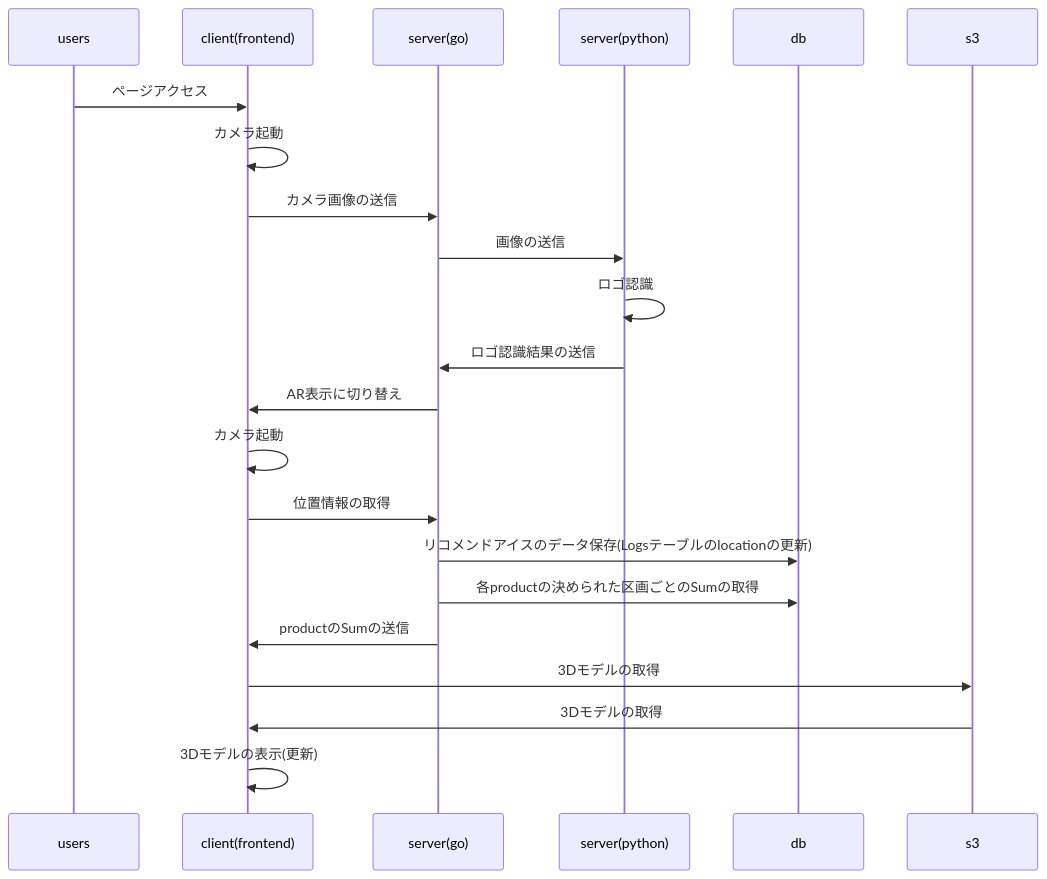
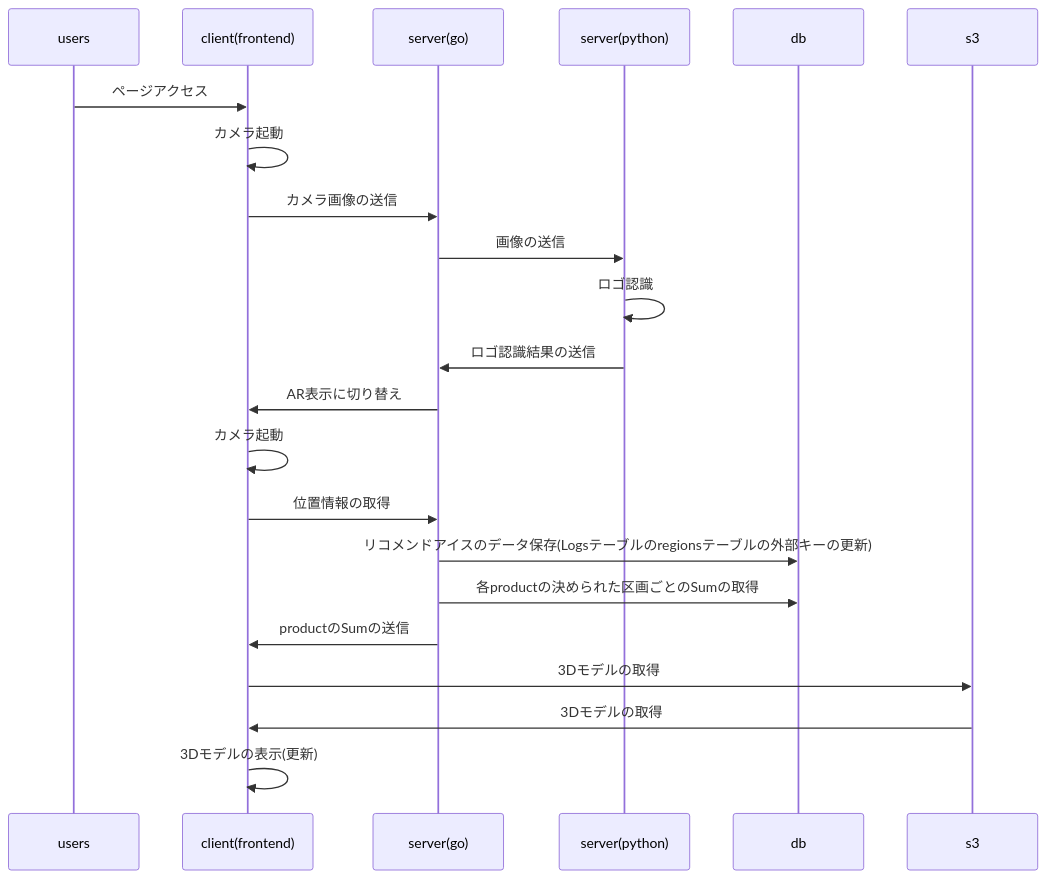
Before and after one commit to JavaLangRuntimeException/mltest: the second of 2 diagrams in docs/architecture/sequence_diagrams.md, drawn with Mermaid. The commit also changed other lines of this file and 3 other files, not shown here.

````diff
--- a/docs/architecture/sequence_diagrams.md
+++ b/docs/architecture/sequence_diagrams.md
@@ -30,26 +30,26 @@
 ```mermaid
 sequenceDiagram
   participant users
   participant client(frontend)
   participant server(go)
   participant server(python)
   participant db
   participant s3 
       
   users->>client(frontend): ページアクセス
   client(frontend)->>client(frontend): カメラ起動
   client(frontend)->>server(go): カメラ画像の送信
   server(go)->>server(python): 画像の送信
   server(python)->>server(python): ロゴ認識
   server(python)->>server(go): ロゴ認識結果の送信
   server(go)->>client(frontend): AR表示に切り替え
   
   client(frontend)->>client(frontend): カメラ起動
   client(frontend)->>server(go): 位置情報の取得
-  server(go)->>db: リコメンドアイスのデータ保存(Logsテーブルのlocationの更新)
+  server(go)->>db: リコメンドアイスのデータ保存(Logsテーブルのregionsテーブルの外部キーの更新)
   server(go)->>db: 各productの決められた区画ごとのSumの取得
   server(go)->>client(frontend): productのSumの送信
   client(frontend)->>s3: 3Dモデルの取得
   s3->>client(frontend): 3Dモデルの取得
   client(frontend)->>client(frontend): 3Dモデルの表示(更新)
 ```
````
